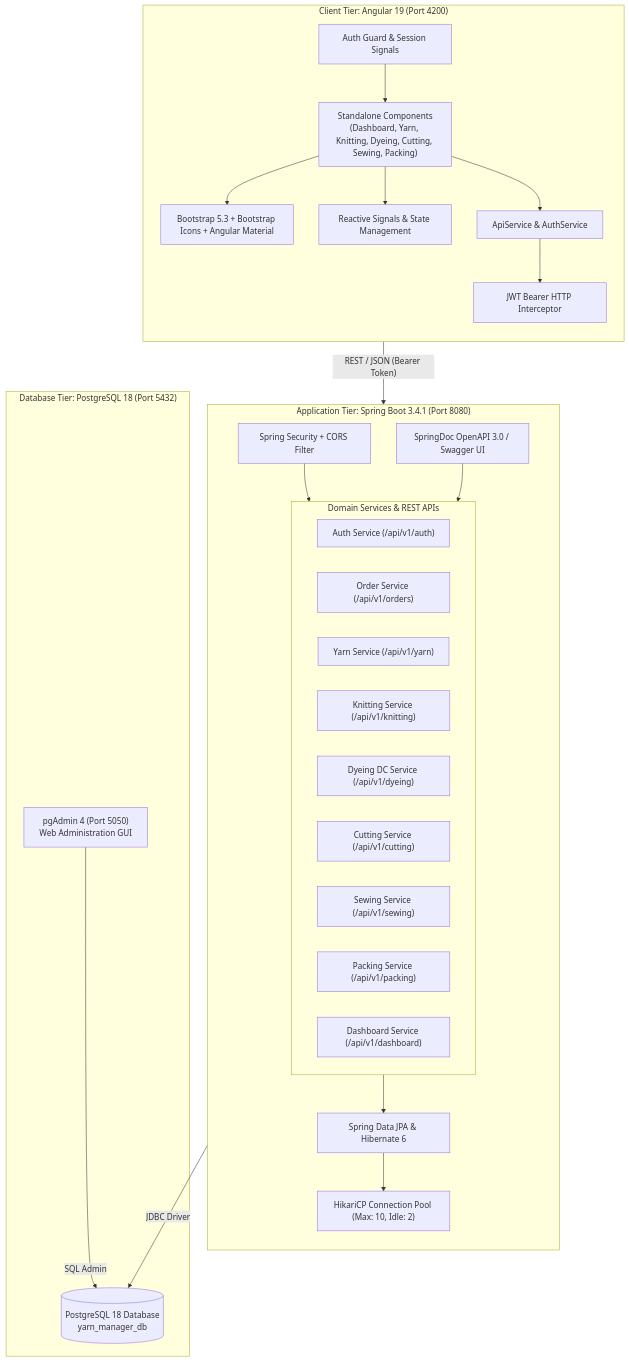
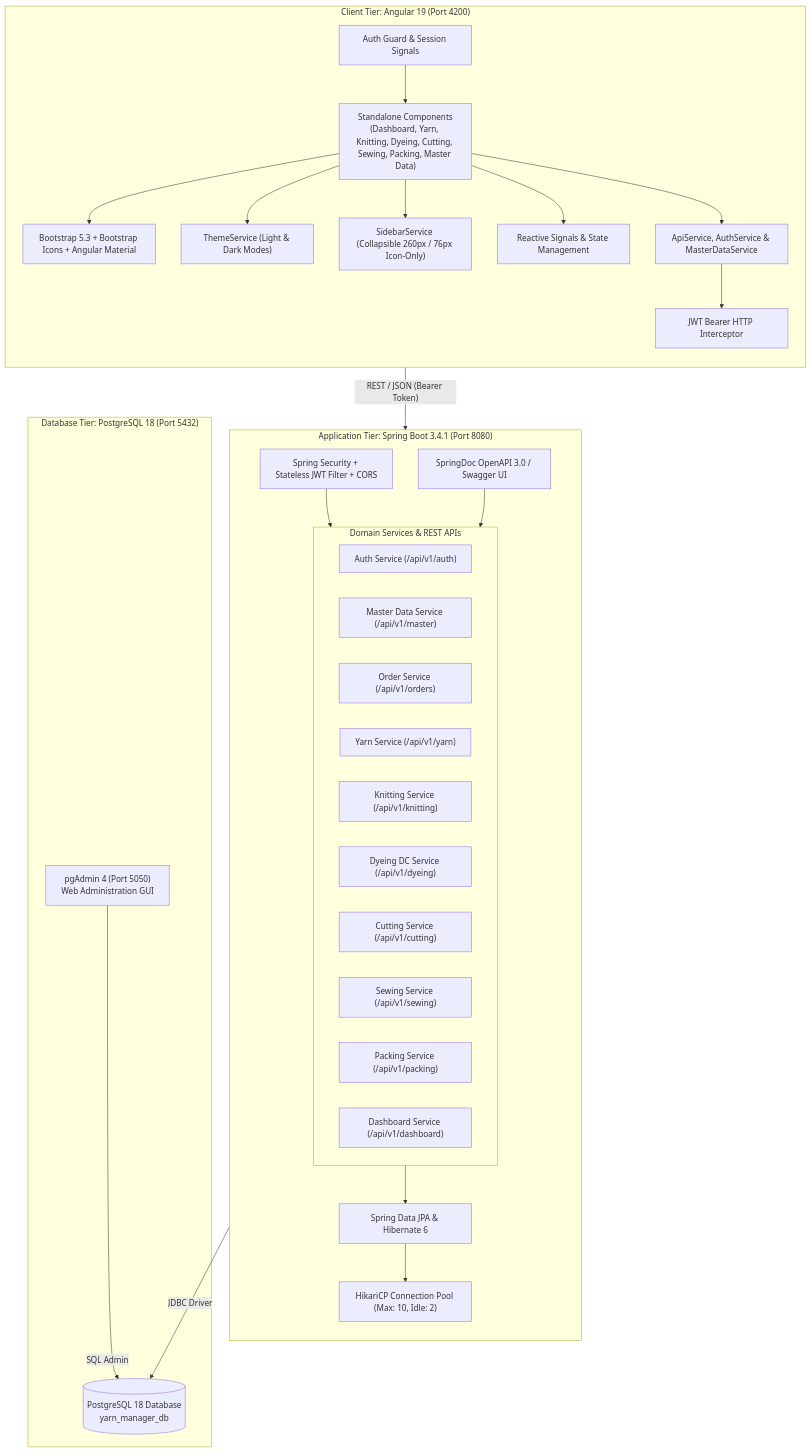
The fourth of 5 diagrams in README.md (arunvjava/yarn-manager), drawn with Mermaid before and after one commit. The commit also changed other lines of this file, not shown here.

Commit message:
docs: update README with Master Data Hub, JWT security, collapsible UI, and workflow architecture

````diff
--- a/README.md
+++ b/README.md
@@ -202,53 +273,58 @@
 ```mermaid
 flowchart TB
     subgraph UI["Client Tier: Angular 19 (Port 4200)"]
         direction TB
-        COMP["Standalone Components<br/>(Dashboard, Yarn, Knitting, Dyeing, Cutting, Sewing, Packing)"]
+        COMP["Standalone Components<br/>(Dashboard, Yarn, Knitting, Dyeing, Cutting, Sewing, Packing, Master Data)"]
         STYLE["Bootstrap 5.3 + Bootstrap Icons + Angular Material"]
+        THEME["ThemeService (Light & Dark Modes)"]
+        SIDEBAR["SidebarService (Collapsible 260px / 76px Icon-Only)"]
         SIG["Reactive Signals & State Management"]
         GUARD["Auth Guard & Session Signals"]
         INTER["JWT Bearer HTTP Interceptor"]
-        API_SERV["ApiService & AuthService"]
+        API_SERV["ApiService, AuthService & MasterDataService"]
         
         COMP --> STYLE
+        COMP --> THEME
+        COMP --> SIDEBAR
         COMP --> SIG
         GUARD --> COMP
         COMP --> API_SERV
         API_SERV --> INTER
     end
 
     subgraph BACKEND["Application Tier: Spring Boot 3.4.1 (Port 8080)"]
         direction TB
-        SEC["Spring Security + CORS Filter"]
+        SEC["Spring Security + Stateless JWT Filter + CORS"]
         SWAG["SpringDoc OpenAPI 3.0 / Swagger UI"]
         
         subgraph MODULES["Domain Services & REST APIs"]
             AUTH_M["Auth Service (/api/v1/auth)"]
+            MASTER_M["Master Data Service (/api/v1/master)"]
             ORDER_M["Order Service (/api/v1/orders)"]
             YARN_M["Yarn Service (/api/v1/yarn)"]
             KNIT_M["Knitting Service (/api/v1/knitting)"]
             DYE_M["Dyeing DC Service (/api/v1/dyeing)"]
             CUT_M["Cutting Service (/api/v1/cutting)"]
             SEW_M["Sewing Service (/api/v1/sewing)"]
             PACK_M["Packing Service (/api/v1/packing)"]
             DASH_M["Dashboard Service (/api/v1/dashboard)"]
         end
 
         JPA["Spring Data JPA & Hibernate 6"]
         POOL["HikariCP Connection Pool (Max: 10, Idle: 2)"]
 
         SEC --> MODULES
         SWAG --> MODULES
         MODULES --> JPA
         JPA --> POOL
     end
 
     subgraph DATA["Database Tier: PostgreSQL 18 (Port 5432)"]
         PG[("PostgreSQL 18 Database<br/>yarn_manager_db")]
         ADMIN["pgAdmin 4 (Port 5050)<br/>Web Administration GUI"]
     end
 
     INTER -->|"REST / JSON (Bearer Token)"| SEC
     POOL -->|"JDBC Driver"| PG
     ADMIN -->|"SQL Admin"| PG
 ```
````
